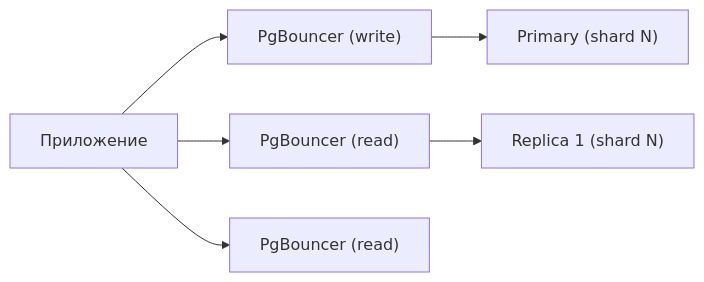
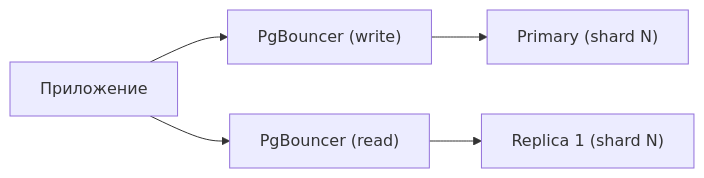
One commit to kolenkoal/Designing-High-Load-Systems changed the fifth of 6 diagrams in README.md. Above: the diagram before and after it, drawn with Mermaid.

````diff
--- a/README.md
+++ b/README.md
@@ -943,9 +943,8 @@
 ```mermaid
 flowchart LR
     APP[Приложение]
     APP --> PB_W["PgBouncer (write)"]
     APP --> PB_R1["PgBouncer (read)"]
-    APP --> PB_R2["PgBouncer (read)"]
     PB_W --> PRI["Primary (shard N)"]
     PB_R1 --> REP1["Replica 1 (shard N)"]
 ```
````
